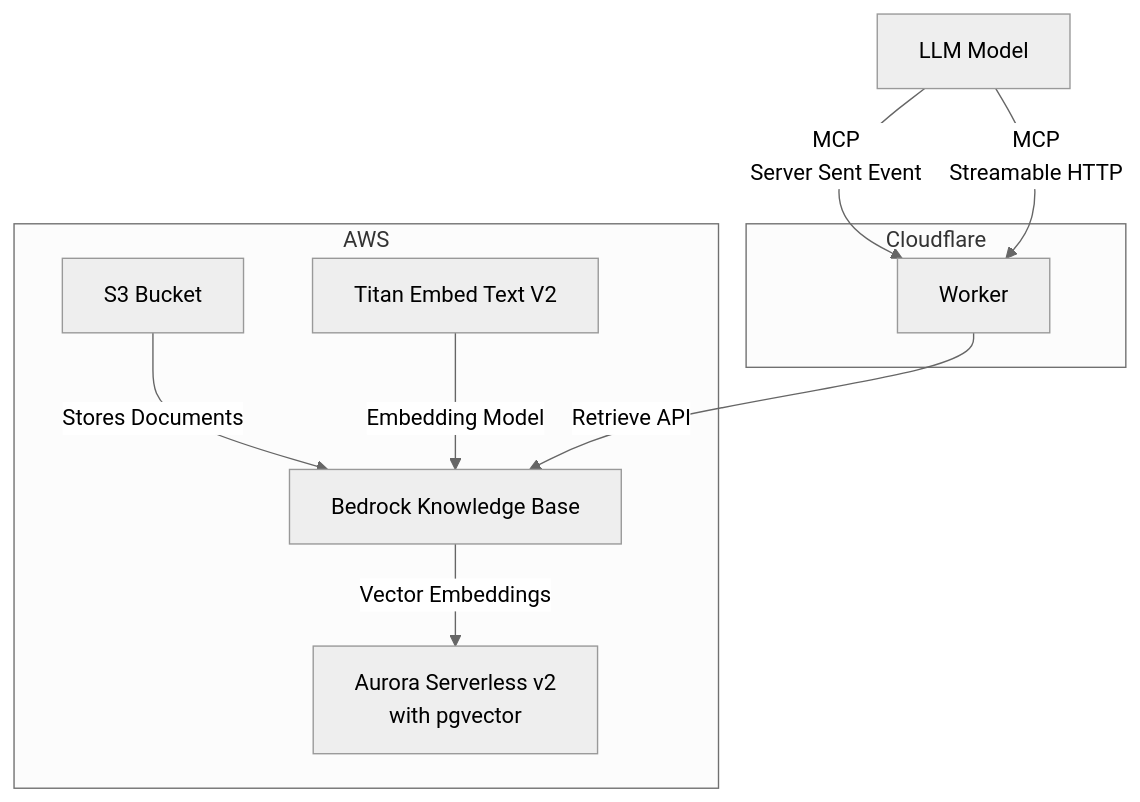
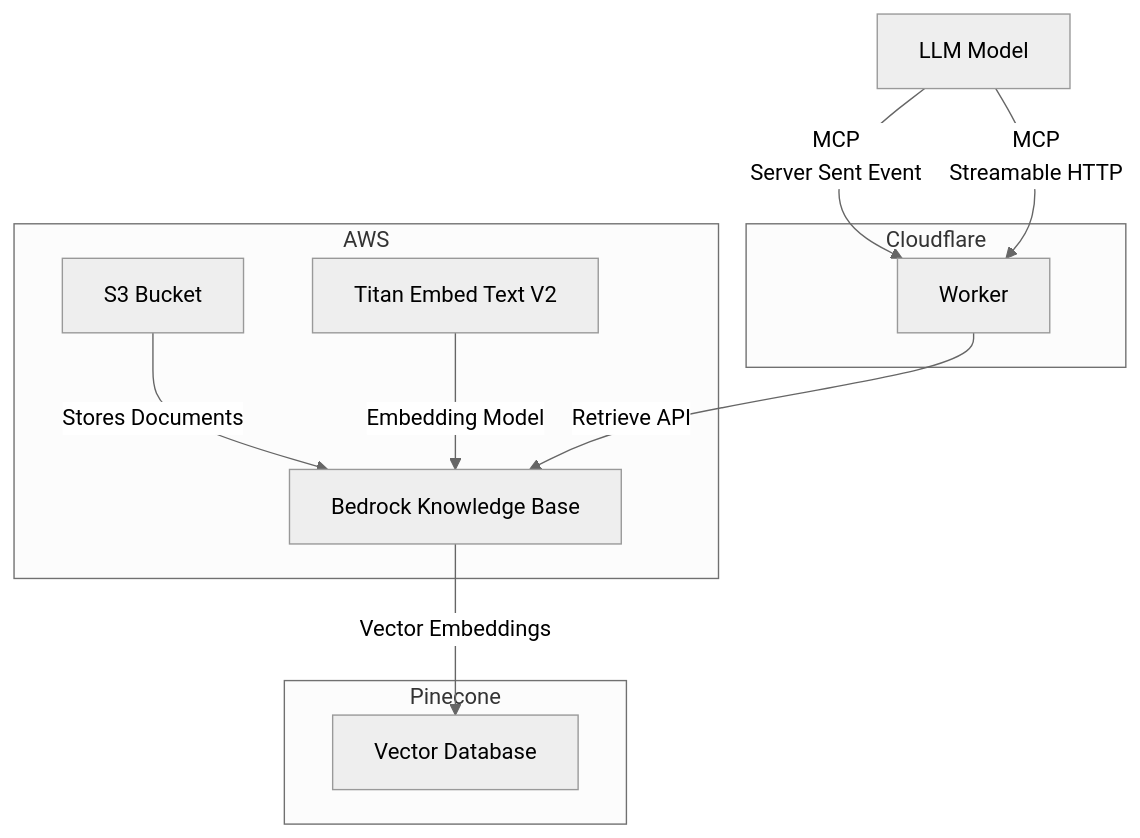
The diagram in README.md (daohoangson/aws-knowledge-base-mcp-server), drawn with Mermaid (neutral theme) before and after one commit. The commit also changed other lines of this file and 6 other files, not shown here.

Commit message:
Implement Pinecone for vector database (#1)

````diff
--- a/README.md
+++ b/README.md
@@ -62,15 +62,18 @@
 ```mermaid
 graph TD
   subgraph AWS
     S3[S3 Bucket] -->|Stores Documents| KnowledgeBase
     TitanModel[Titan Embed Text V2] -->|Embedding Model| KnowledgeBase
-    KnowledgeBase[Bedrock Knowledge Base] -->|Vector Embeddings| Aurora[Aurora Serverless v2<br />with pgvector]
+  end
+
+  subgraph Pinecone
+    KnowledgeBase[Bedrock Knowledge Base] -->|Vector Embeddings| PineconeDb[Vector Database]
   end
 
   subgraph Cloudflare
     Worker -->|Retrieve API| KnowledgeBase
   end
 
   LLM[LLM Model] -->|MCP<br />Server Sent Event| Worker
   LLM -->|MCP<br />Streamable HTTP| Worker
 ```
````
